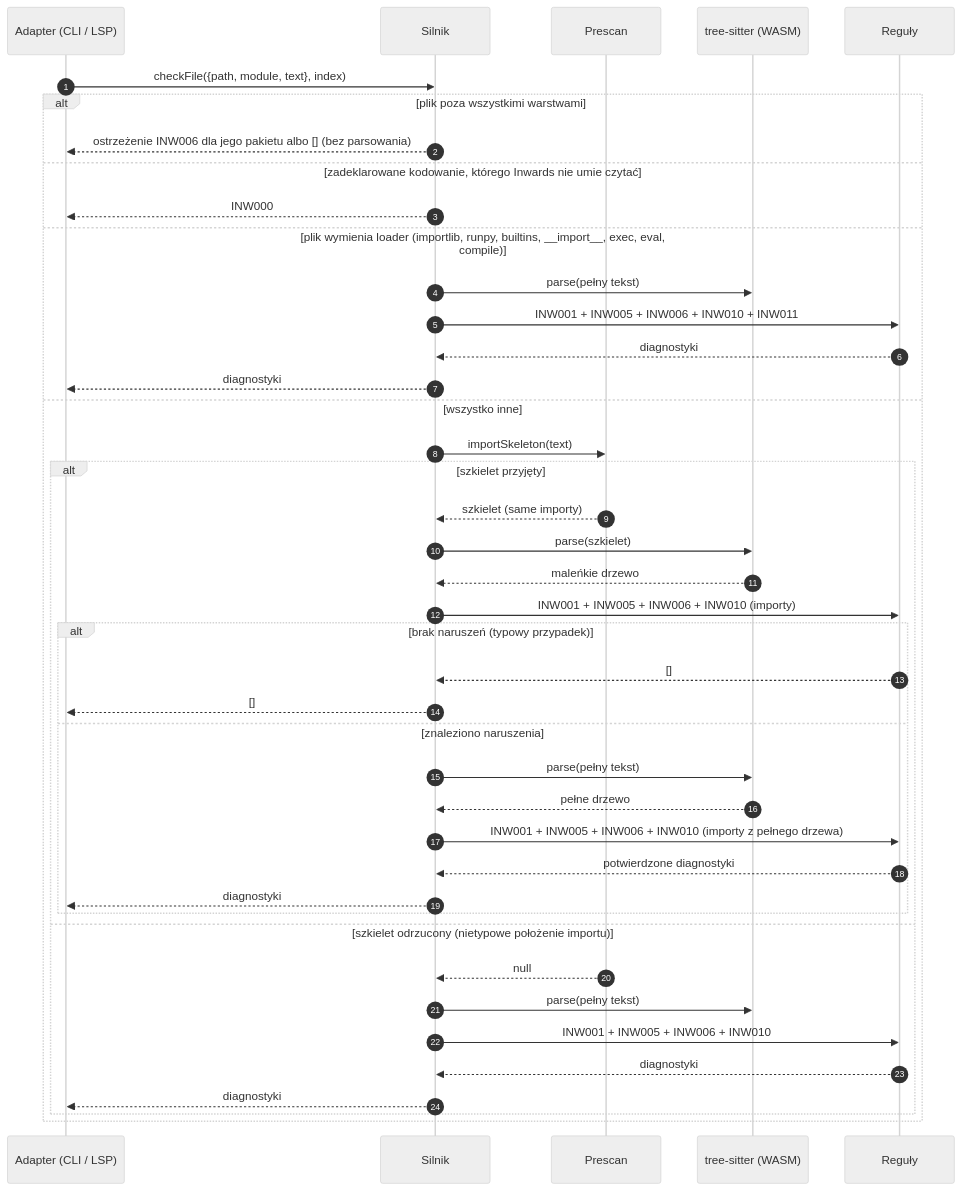
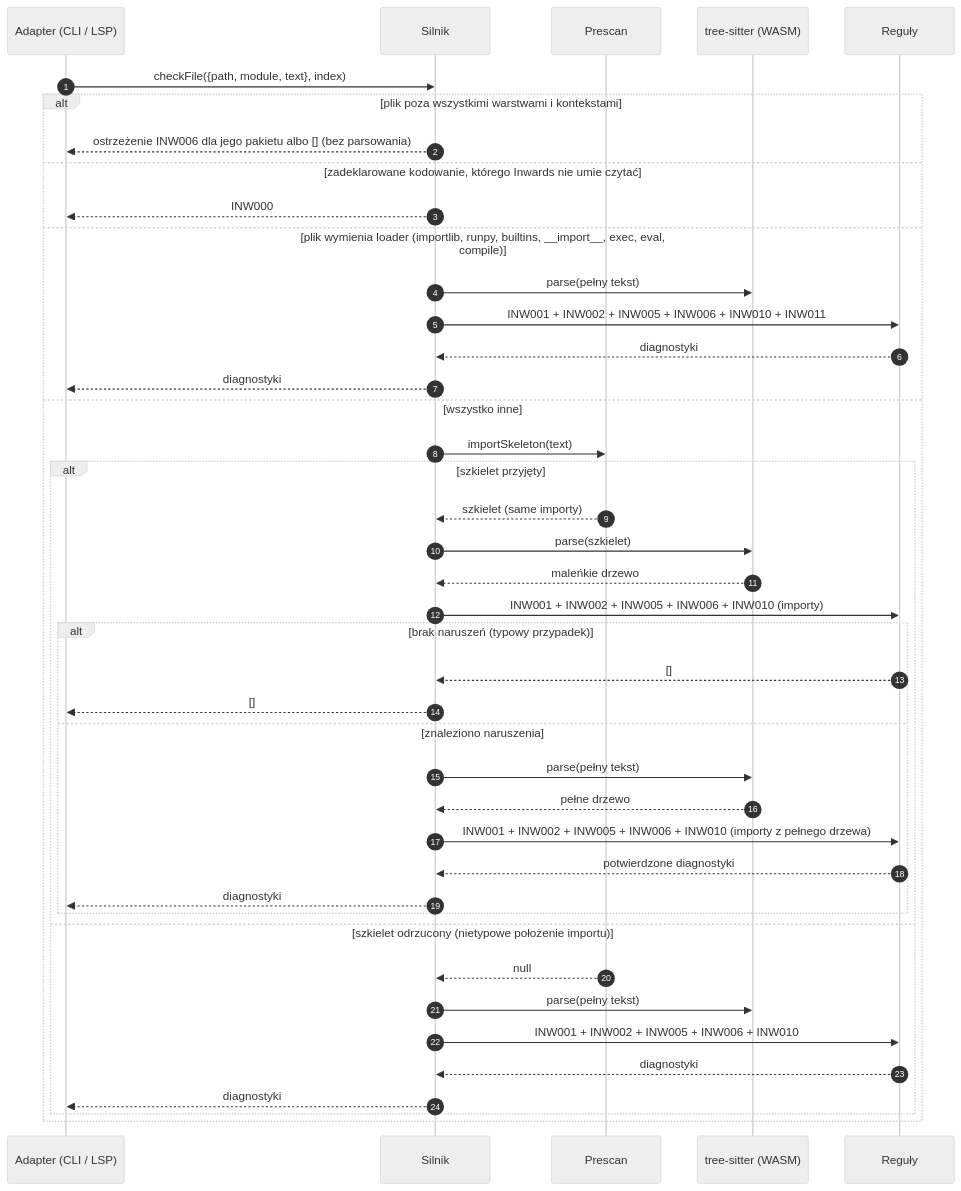
The fourth of 6 diagrams in docs/pl/03-Architecture-C4.md (SirCypkowskyy/inwards), drawn with Mermaid (neutral theme) before and after one commit. The commit also changed other lines of this file and 22 other files, not shown here.

````diff
--- a/docs/pl/03-Architecture-C4.md
+++ b/docs/pl/03-Architecture-C4.md
@@ -152,45 +152,45 @@
 ```mermaid
 sequenceDiagram
     autonumber
     participant A as Adapter (CLI / LSP)
     participant E as Silnik
     participant P as Prescan
     participant T as tree-sitter (WASM)
     participant R as Reguły
 
     A->>E: checkFile({path, module, text}, index)
-    alt plik poza wszystkimi warstwami
+    alt plik poza wszystkimi warstwami i kontekstami
         E-->>A: ostrzeżenie INW006 dla jego pakietu albo [] (bez parsowania)
     else zadeklarowane kodowanie, którego Inwards nie umie czytać
         E-->>A: INW000
     else plik wymienia loader (importlib, runpy, builtins, __import__, exec, eval, compile)
         E->>T: parse(pełny tekst)
-        E->>R: INW001 + INW005 + INW006 + INW010 + INW011
+        E->>R: INW001 + INW002 + INW005 + INW006 + INW010 + INW011
         R-->>E: diagnostyki
         E-->>A: diagnostyki
     else wszystko inne
         E->>P: importSkeleton(text)
         alt szkielet przyjęty
             P-->>E: szkielet (same importy)
             E->>T: parse(szkielet)
             T-->>E: maleńkie drzewo
-            E->>R: INW001 + INW005 + INW006 + INW010 (importy)
+            E->>R: INW001 + INW002 + INW005 + INW006 + INW010 (importy)
             alt brak naruszeń (typowy przypadek)
                 R-->>E: []
                 E-->>A: []
             else znaleziono naruszenia
                 E->>T: parse(pełny tekst)
                 T-->>E: pełne drzewo
-                E->>R: INW001 + INW005 + INW006 + INW010 (importy z pełnego drzewa)
+                E->>R: INW001 + INW002 + INW005 + INW006 + INW010 (importy z pełnego drzewa)
                 R-->>E: potwierdzone diagnostyki
                 E-->>A: diagnostyki
             end
         else szkielet odrzucony (nietypowe położenie importu)
             P-->>E: null
             E->>T: parse(pełny tekst)
-            E->>R: INW001 + INW005 + INW006 + INW010
+            E->>R: INW001 + INW002 + INW005 + INW006 + INW010
             R-->>E: diagnostyki
             E-->>A: diagnostyki
         end
     end
 ```
````
